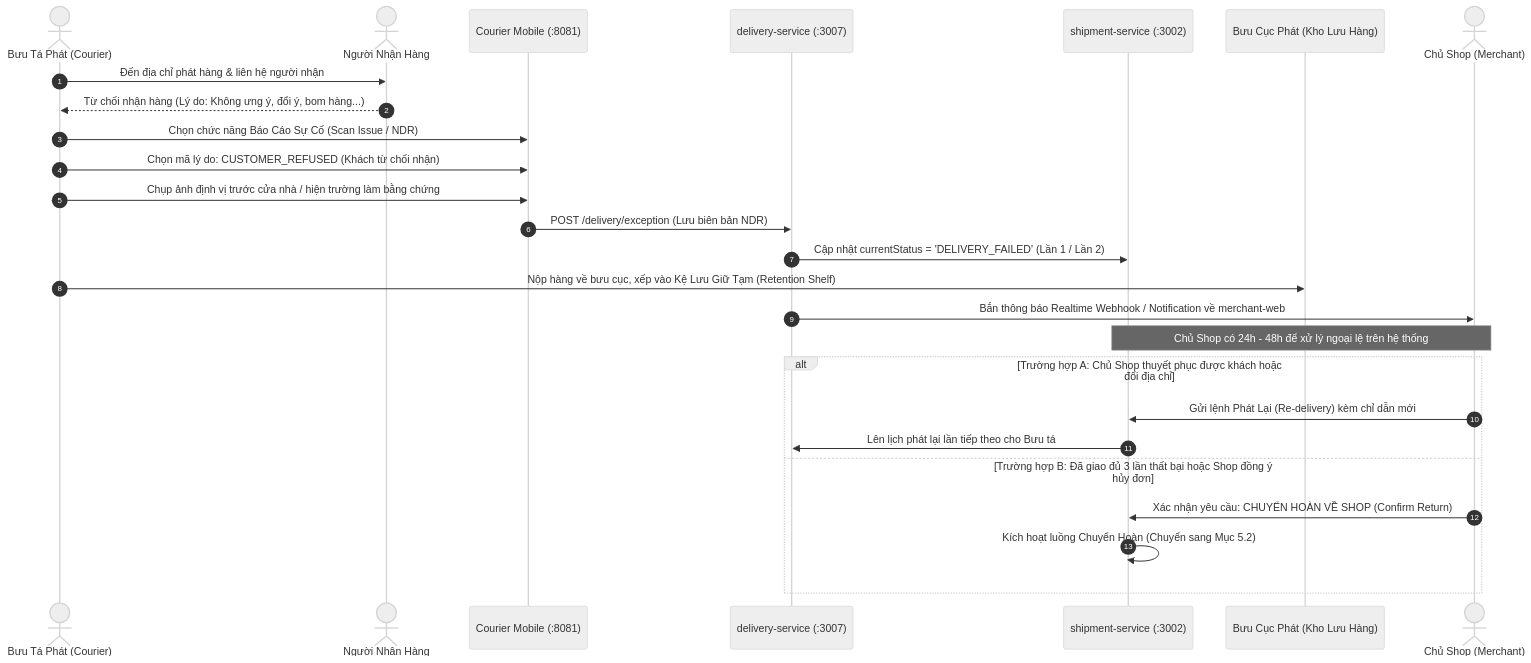
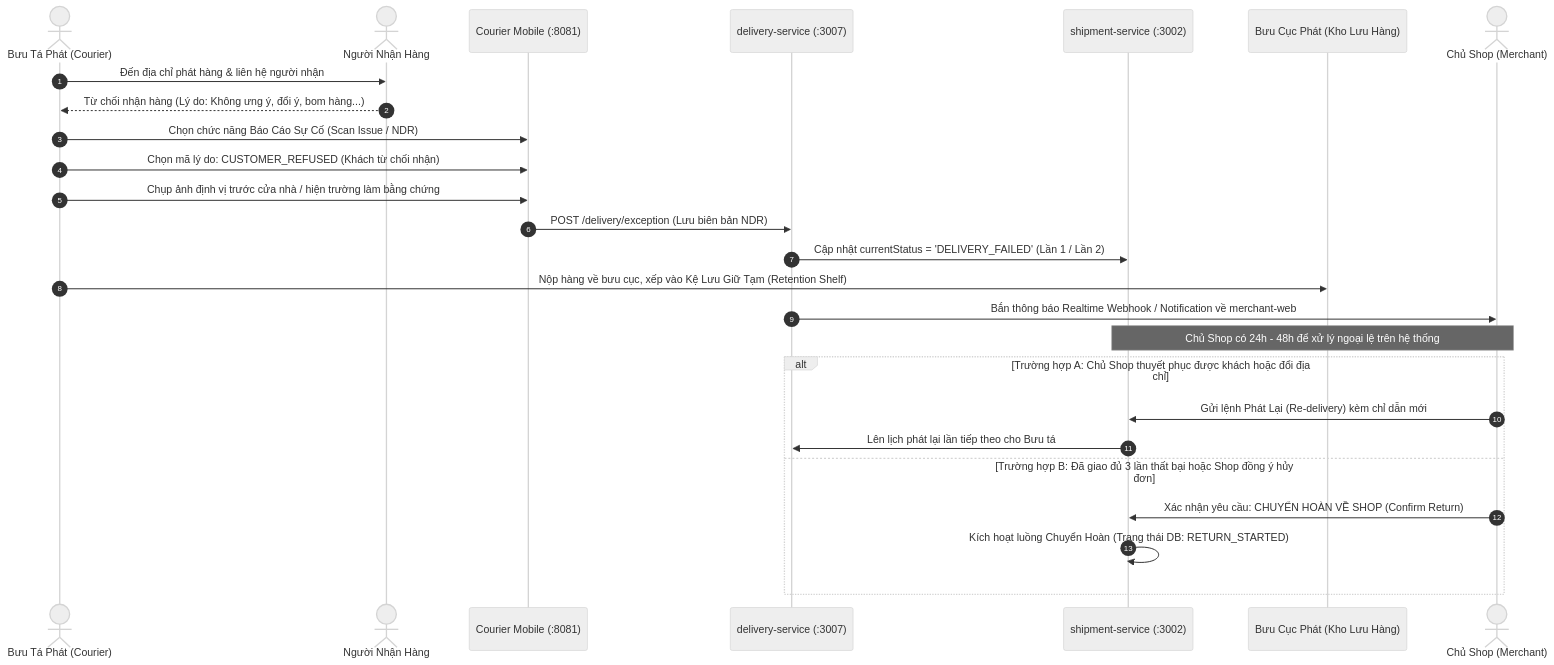
One commit to VoVanTuTai/logistics-management-system changed the ninth of 21 diagrams in README.md. Above: the diagram before and after it, drawn with Mermaid (neutral theme). The commit also changed other lines of this file and 7 other files, not shown here.

````diff
--- a/README.md
+++ b/README.md
@@ -417,31 +505,31 @@
 ```mermaid
 sequenceDiagram
     autonumber
     actor Courier as Bưu Tá Phát (Courier)
     actor Receiver as Người Nhận Hàng
     participant MobileApp as Courier Mobile (:8081)
     participant DeliverySvc as delivery-service (:3007)
     participant ShipSvc as shipment-service (:3002)
     participant HubStorage as Bưu Cục Phát (Kho Lưu Hàng)
     actor Merchant as Chủ Shop (Merchant)
 
     Courier->>Receiver: Đến địa chỉ phát hàng & liên hệ người nhận
     Receiver-->>Courier: Từ chối nhận hàng (Lý do: Không ưng ý, đổi ý, bom hàng...)
     Courier->>MobileApp: Chọn chức năng Báo Cáo Sự Cố (Scan Issue / NDR)
     Courier->>MobileApp: Chọn mã lý do: CUSTOMER_REFUSED (Khách từ chối nhận)
     Courier->>MobileApp: Chụp ảnh định vị trước cửa nhà / hiện trường làm bằng chứng
     MobileApp->>DeliverySvc: POST /delivery/exception (Lưu biên bản NDR)
     DeliverySvc->>ShipSvc: Cập nhật currentStatus = 'DELIVERY_FAILED' (Lần 1 / Lần 2)
     Courier->>HubStorage: Nộp hàng về bưu cục, xếp vào Kệ Lưu Giữ Tạm (Retention Shelf)
 
     DeliverySvc->>Merchant: Bắn thông báo Realtime Webhook / Notification về merchant-web
     Note over Merchant,ShipSvc: Chủ Shop có 24h - 48h để xử lý ngoại lệ trên hệ thống
 
     alt Trường hợp A: Chủ Shop thuyết phục được khách hoặc đổi địa chỉ
         Merchant->>ShipSvc: Gửi lệnh Phát Lại (Re-delivery) kèm chỉ dẫn mới
         ShipSvc->>DeliverySvc: Lên lịch phát lại lần tiếp theo cho Bưu tá
     else Trường hợp B: Đã giao đủ 3 lần thất bại hoặc Shop đồng ý hủy đơn
         Merchant->>ShipSvc: Xác nhận yêu cầu: CHUYỂN HOÀN VỀ SHOP (Confirm Return)
-        ShipSvc->>ShipSvc: Kích hoạt luồng Chuyển Hoàn (Chuyển sang Mục 5.2)
+        ShipSvc->>ShipSvc: Kích hoạt luồng Chuyển Hoàn (Trạng thái DB: RETURN_STARTED)
     end
 ```
````
